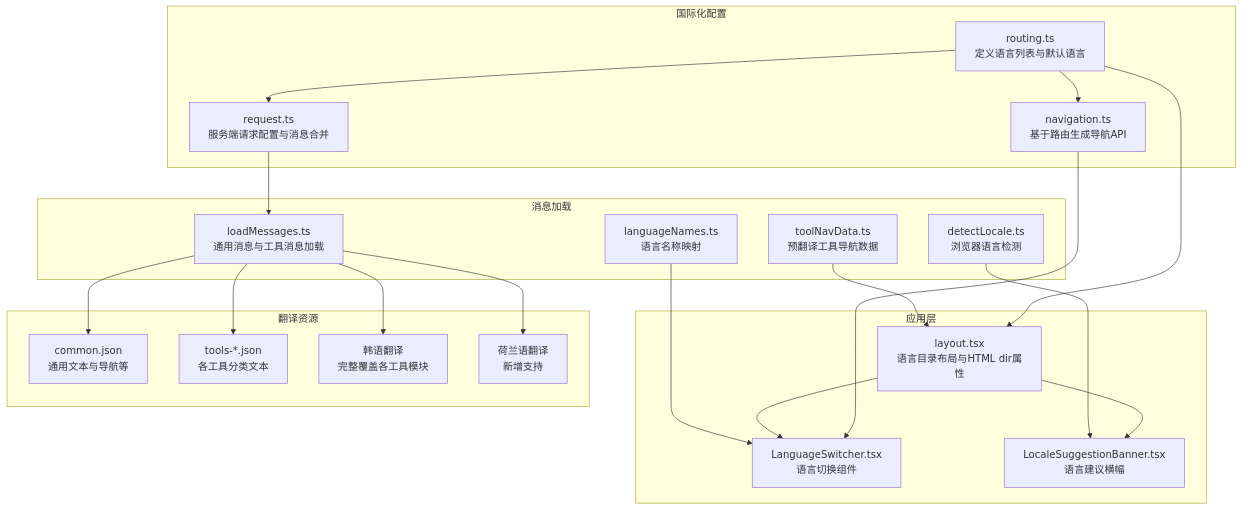
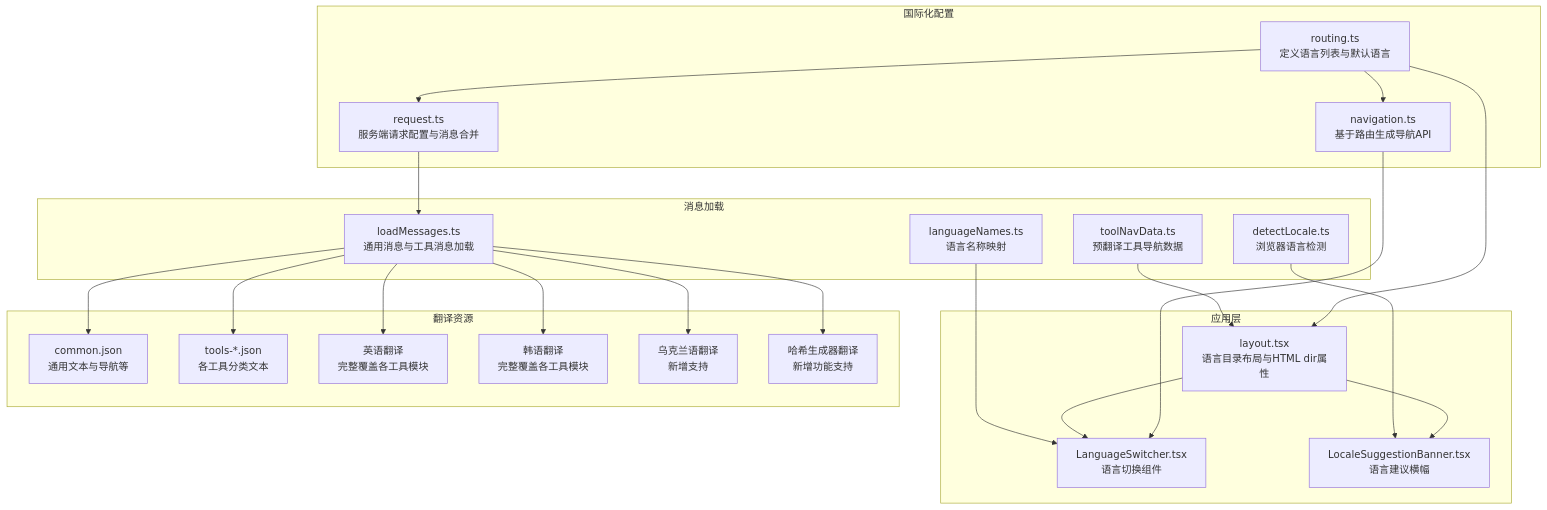
One commit to sgyy/privadeck changed the first of 9 diagrams in .qoder/repowiki/zh/content/国际化系统.md. Above: the diagram before and after it, drawn with Mermaid. The commit also changed other lines of this file and 4 other files, not shown here.

````diff
--- a/.qoder/repowiki/zh/content/国际化系统.md
+++ b/.qoder/repowiki/zh/content/国际化系统.md
@@ -55,39 +63,43 @@
 ```mermaid
 graph TB
 subgraph "国际化配置"
 RT["routing.ts<br/>定义语言列表与默认语言"]
 NAV["navigation.ts<br/>基于路由生成导航API"]
 REQ["request.ts<br/>服务端请求配置与消息合并"]
 end
 subgraph "应用层"
 LAYOUT["layout.tsx<br/>语言目录布局与HTML dir属性"]
 SWITCH["LanguageSwitcher.tsx<br/>语言切换组件"]
 BANNER["LocaleSuggestionBanner.tsx<br/>语言建议横幅"]
 end
 subgraph "消息加载"
 LOAD["loadMessages.ts<br/>通用消息与工具消息加载"]
 TOOLNAV["toolNavData.ts<br/>预翻译工具导航数据"]
 DETECT["detectLocale.ts<br/>浏览器语言检测"]
 NAMES["languageNames.ts<br/>语言名称映射"]
 end
 subgraph "翻译资源"
 COMMON["common.json<br/>通用文本与导航等"]
 TOOLS["tools-*.json<br/>各工具分类文本"]
+EN["英语翻译<br/>完整覆盖各工具模块"]
 KO["韩语翻译<br/>完整覆盖各工具模块"]
-NL["荷兰语翻译<br/>新增支持"]
+UK["乌克兰语翻译<br/>新增支持"]
+HASH["哈希生成器翻译<br/>新增功能支持"]
 end
 RT --> NAV
 RT --> REQ
 RT --> LAYOUT
 NAV --> SWITCH
 LAYOUT --> SWITCH
 LAYOUT --> BANNER
 REQ --> LOAD
 LOAD --> COMMON
 LOAD --> TOOLS
+LOAD --> EN
 LOAD --> KO
-LOAD --> NL
+LOAD --> UK
+LOAD --> HASH
 TOOLNAV --> LAYOUT
 DETECT --> BANNER
 NAMES --> SWITCH
 ```
````
